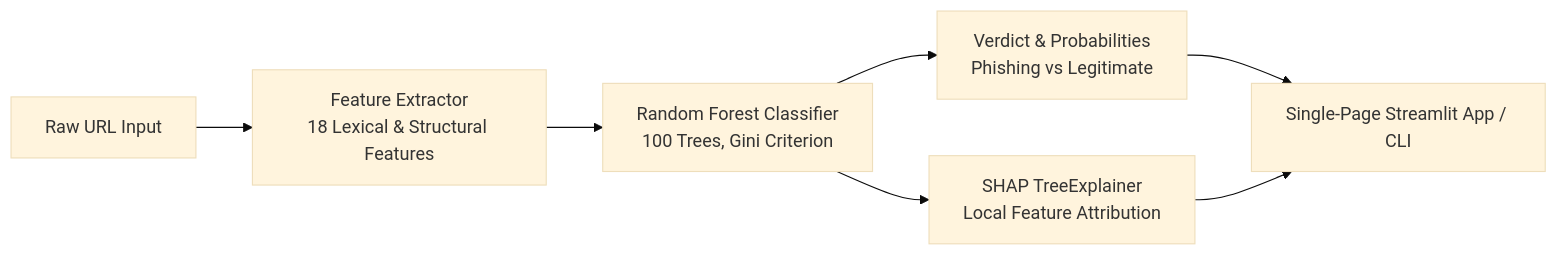
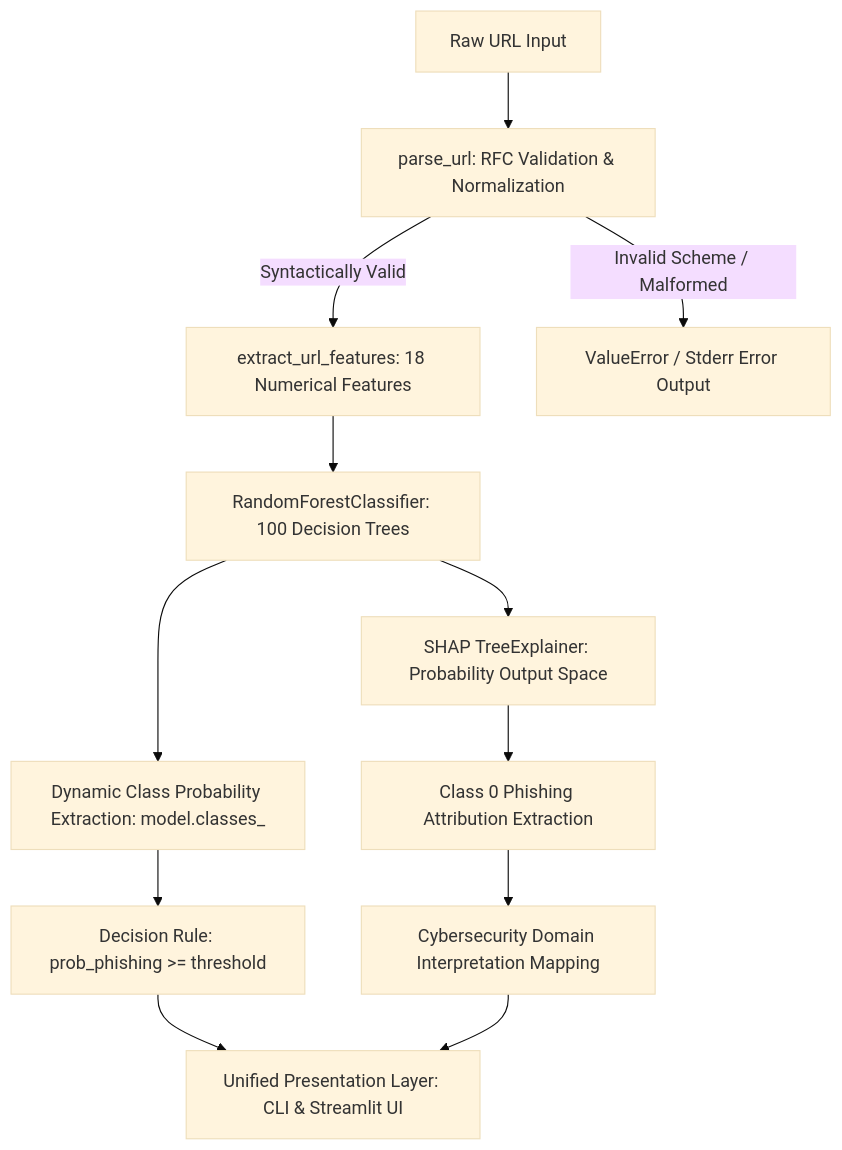
One commit to nikhi20-900/phishing-url-detection changed the diagram in README.md. Above: the diagram before and after it, drawn with Mermaid (base theme). The commit also changed other lines of this file, not shown here.

````diff
--- a/README.md
+++ b/README.md
@@ -18,9 +53,14 @@
 ```mermaid
-flowchart LR
-    A[Raw URL Input] --> B[Feature Extractor\n18 Lexical & Structural Features]
-    B --> C[Random Forest Classifier\n100 Trees, Gini Criterion]
-    C --> D[Verdict & Probabilities\nPhishing vs Legitimate]
-    C --> E[SHAP TreeExplainer\nLocal Feature Attribution]
-    D --> F[Single-Page Streamlit App / CLI]
-    E --> F
+flowchart TD
+    A["Raw URL Input"] --> B["parse_url: RFC Validation & Normalization"]
+    B -->|"Syntactically Valid"| C["extract_url_features: 18 Numerical Features"]
+    B -->|"Invalid Scheme / Malformed"| X["ValueError / Stderr Error Output"]
+    C --> D["RandomForestClassifier: 100 Decision Trees"]
+    D --> E["Dynamic Class Probability Extraction: model.classes_"]
+    E --> F["Decision Rule: prob_phishing >= threshold"]
+    D --> G["SHAP TreeExplainer: Probability Output Space"]
+    G --> H["Class 0 Phishing Attribution Extraction"]
+    H --> I["Cybersecurity Domain Interpretation Mapping"]
+    F --> J["Unified Presentation Layer: CLI & Streamlit UI"]
+    I --> J
 ```
````
